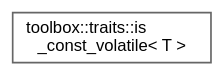
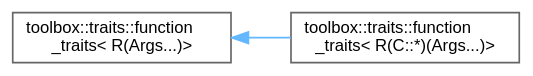
The diagram in inherit_graph_44.dot (nerdneilsfield/cpp-toolbox), drawn with Graphviz before and after one commit. The commit also changed 225 other files, not shown here.

```diff
--- a/inherit_graph_44.dot
+++ b/inherit_graph_44.dot
@@ -1,9 +1,11 @@
 digraph "Graphical Class Hierarchy"
 {
  // LATEX_PDF_SIZE
   bgcolor="transparent";
   edge [fontname=Helvetica,fontsize=10,labelfontname=Helvetica,labelfontsize=10];
   node [fontname=Helvetica,fontsize=10,shape=box,height=0.2,width=0.4];
   rankdir="LR";
-  Node0 [id="Node000000",label="toolbox::traits::is\l_const_volatile\< T \>",height=0.2,width=0.4,color="grey40", fillcolor="white", style="filled",URL="$structtoolbox_1_1traits_1_1is__const__volatile.html",tooltip="检查类型是否同时具有const和volatile限定/Check if type is const-volatile qualified"];
+  Node0 [id="Node000000",label="toolbox::traits::function\l_traits\< R(Args...)\>",height=0.2,width=0.4,color="grey40", fillcolor="white", style="filled",URL="$structtoolbox_1_1traits_1_1function__traits_3_01_r_07_args_8_8_8_08_4.html",tooltip="普通函数的函数特征/Function traits for regular functions"];
+  Node0 -> Node1 [id="edge35_Node000000_Node000001",dir="back",color="steelblue1",style="solid",tooltip=" "];
+  Node1 [id="Node000001",label="toolbox::traits::function\l_traits\< R(C::*)(Args...)\>",height=0.2,width=0.4,color="grey40", fillcolor="white", style="filled",URL="$structtoolbox_1_1traits_1_1function__traits_3_01_r_07_c_1_1_5_08_07_args_8_8_8_08_4.html",tooltip="成员函数的函数特征/Function traits for member functions"];
 }
```
